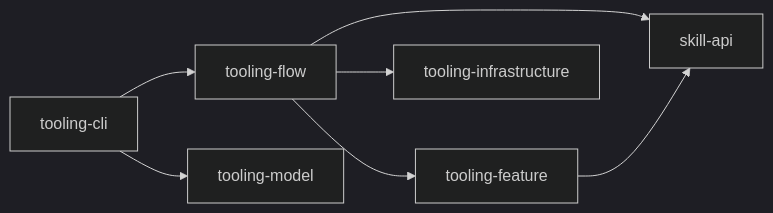
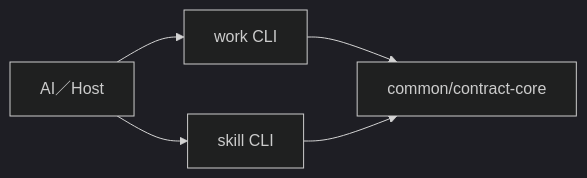
One commit to kurodog870153/agent-work-kit changed the first of 2 diagrams in ai-maintainer-instructions/rust/architecture.md. Above: the diagram before and after it, drawn with Mermaid (dark theme). The commit also changed other lines of this file and 1070 other files, not shown here.

First line of the commit message:
refactor(core)!: rebuild Agent Work Kit v3 architecture

````diff
--- a/ai-maintainer-instructions/rust/architecture.md
+++ b/ai-maintainer-instructions/rust/architecture.md
@@ -84,9 +27,7 @@
 ```mermaid
 flowchart LR
-    tooling_cli["tooling-cli"] --> tooling_flow["tooling-flow"]
-    tooling_cli --> tooling_model["tooling-model"]
-    tooling_flow --> tooling_feature["tooling-feature"]
-    tooling_flow --> tooling_infra["tooling-infrastructure"]
-    tooling_flow --> skill_api["skill-api"]
-    tooling_feature --> skill_api
+    Host["AI／Host"] --> Work["work CLI"]
+    Host --> Skill["skill CLI"]
+    Work --> Core["common/contract-core"]
+    Skill --> Core
 ```
````
